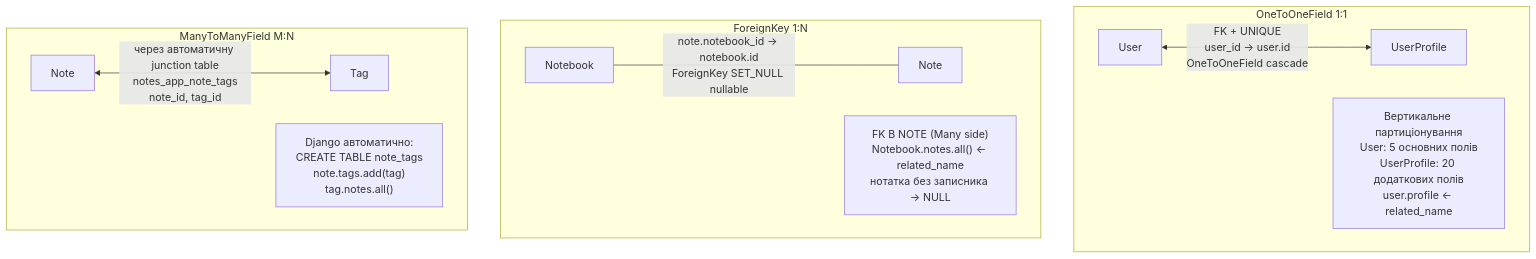
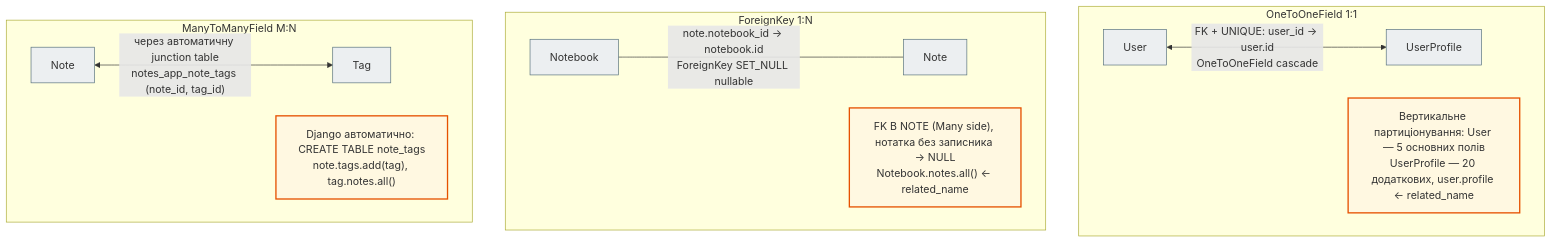
One commit to NikoriakViktot/notes_chat_app changed diagram 19 of 20 in docs/03_database_and_orm/orm_mermaid_full.md. Above: the diagram before and after it, drawn with Mermaid. The commit also changed other lines of this file and 441 other files, not shown here.

First line of the commit message:
Add English version of the book, Mermaid standard, docs fixes

````diff
--- a/docs/03_database_and_orm/orm_mermaid_full.md
+++ b/docs/03_database_and_orm/orm_mermaid_full.md
@@ -629,17 +704,23 @@
 ```mermaid
 graph TD
     subgraph "OneToOneField 1:1"
-        U[User] <-->|"FK + UNIQUE\nuser_id → user.id\nOneToOneField cascade"| UP[UserProfile]
-        NOTE1["Вертикальне партиціонування\nUser: 5 основних полів\nUserProfile: 20 додаткових полів\nuser.profile ← related_name"]
+        U[User] <-->|"FK + UNIQUE: user_id → user.id<br>OneToOneField cascade"| UP[UserProfile]
+        NOTE1["Вертикальне партиціонування: User — 5 основних полів<br>UserProfile — 20 додаткових, user.profile ← related_name"]
     end
 
     subgraph "ForeignKey 1:N"
-        NB[Notebook] <---|"note.notebook_id → notebook.id\nForeignKey SET_NULL nullable"| NO[Note]
-        NOTE2["FK В NOTE (Many side)\nNotebook.notes.all() ← related_name\nнотатка без записника → NULL"]
+        NB[Notebook] <---|"note.notebook_id → notebook.id<br>ForeignKey SET_NULL nullable"| NT[Note]
+        NOTE2["FK В NOTE (Many side), нотатка без записника → NULL<br>Notebook.notes.all() ← related_name"]
     end
 
     subgraph "ManyToManyField M:N"
-        N[Note] <-->|"через автоматичну junction table\nnotes_app_note_tags\nnote_id, tag_id"| T[Tag]
-        NOTE3["Django автоматично:\nCREATE TABLE note_tags\nnote.tags.add(tag)\ntag.notes.all()"]
+        N[Note] <-->|"через автоматичну junction table<br>notes_app_note_tags (note_id, tag_id)"| T[Tag]
+        NOTE3["Django автоматично: CREATE TABLE note_tags<br>note.tags.add(tag), tag.notes.all()"]
     end
+
+    classDef step     fill:#eceff1,stroke:#546e7a,stroke-width:1px;
+    classDef warning  fill:#fff8e1,stroke:#e65100,stroke-width:2px;
+
+    class U,UP,NB,NT,N,T step;
+    class NOTE1,NOTE2,NOTE3 warning;
 ```
````
